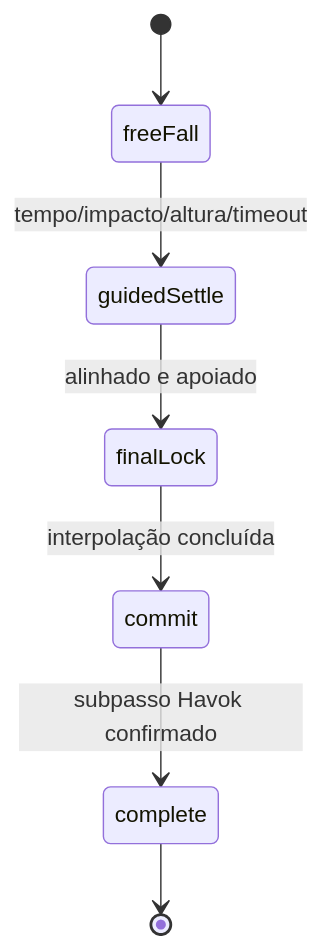
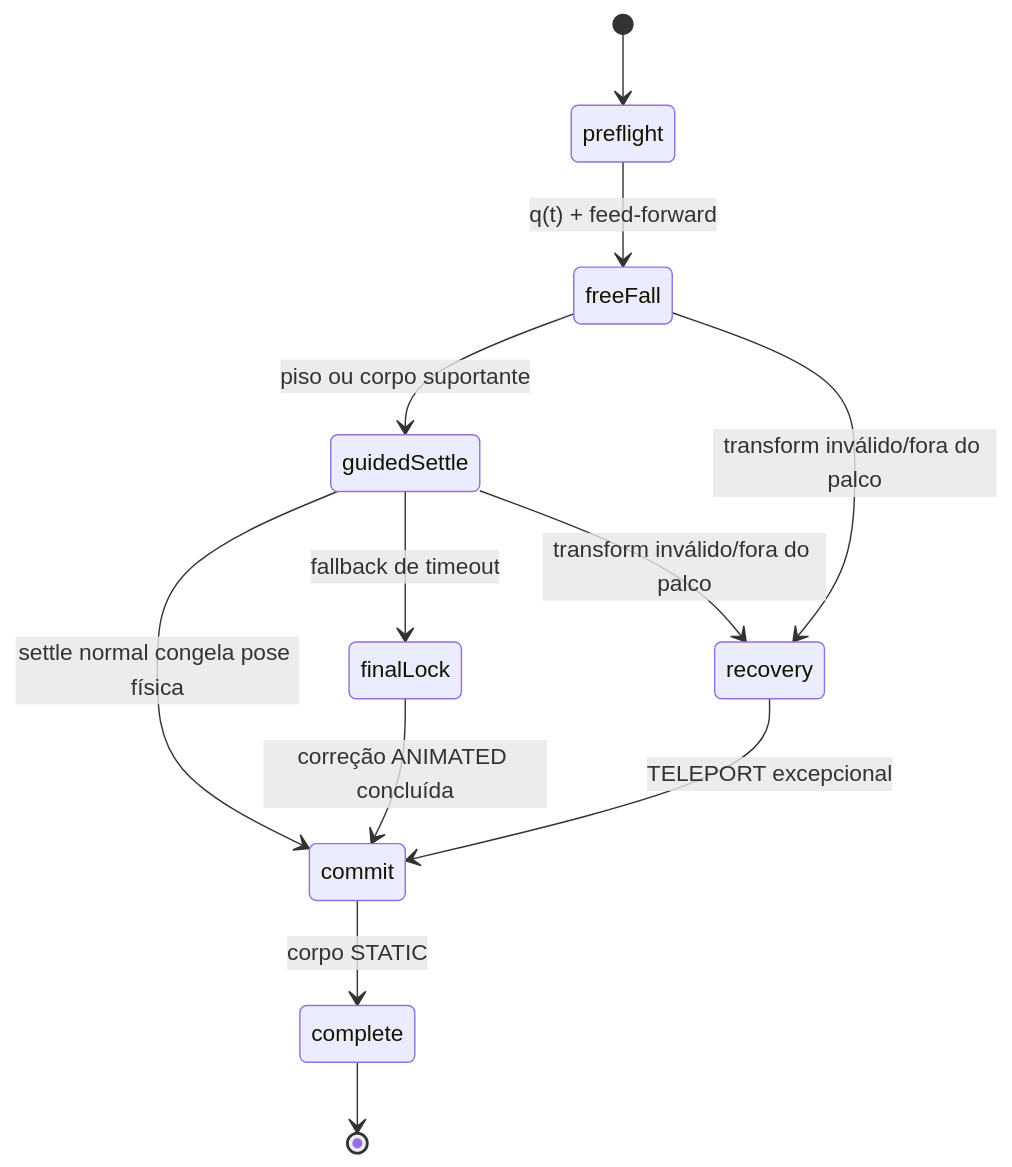
The second of 2 diagrams in DEVLOG_V2.md (arkanus-app/dice-box-erpg), drawn with Mermaid before and after one commit. The commit also changed other lines of this file and 126 other files, not shown here.

````diff
--- a/DEVLOG_V2.md
+++ b/DEVLOG_V2.md
@@ -187,9 +238,14 @@
 ```mermaid
 stateDiagram-v2
-    [*] --> freeFall
-    freeFall --> guidedSettle: tempo/impacto/altura/timeout
-    guidedSettle --> finalLock: alinhado e apoiado
-    finalLock --> commit: interpolação concluída
-    commit --> complete: subpasso Havok confirmado
+    [*] --> preflight
+    preflight --> freeFall: q(t) + feed-forward
+    freeFall --> guidedSettle: piso ou corpo suportante
+    guidedSettle --> commit: settle normal congela pose física
+    guidedSettle --> finalLock: fallback de timeout
+    finalLock --> commit: correção ANIMATED concluída
+    commit --> complete: corpo STATIC
+    freeFall --> recovery: transform inválido/fora do palco
+    guidedSettle --> recovery: transform inválido/fora do palco
+    recovery --> commit: TELEPORT excepcional
     complete --> [*]
 ```
````
